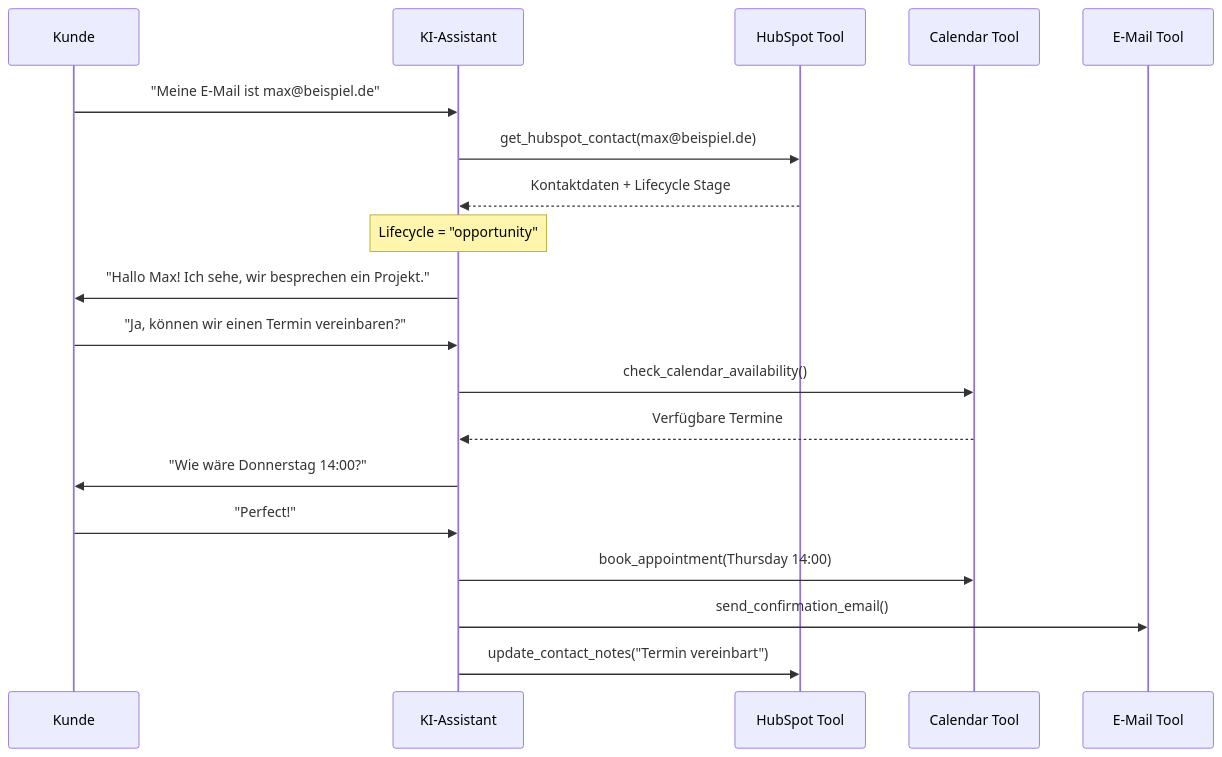
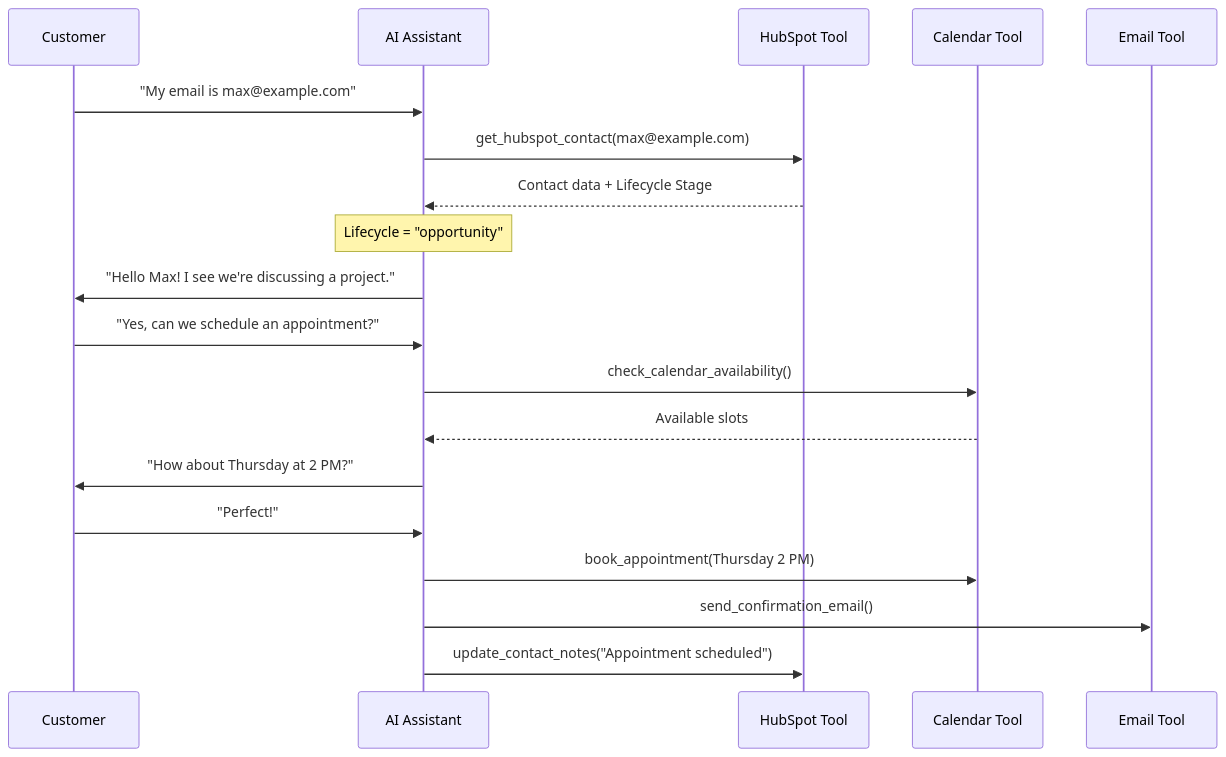
The diagram in en/automation-platform/mid-call-tools/integration-templates/hubspot-kontakt-abruf.mdx (bekgroup/Famulor-docs-de), drawn with Mermaid before and after one commit. The commit also changed other lines of this file and 7 other files, not shown here.

````diff
--- a/en/automation-platform/mid-call-tools/integration-templates/hubspot-kontakt-abruf.mdx
+++ b/en/automation-platform/mid-call-tools/integration-templates/hubspot-kontakt-abruf.mdx
@@ -451,24 +450,24 @@
 ```mermaid
 sequenceDiagram
-    participant K as Kunde
-    participant A as KI-Assistant
+    participant K as Customer
+    participant A as AI Assistant
     participant H as HubSpot Tool
     participant C as Calendar Tool
-    participant E as E-Mail Tool
+    participant E as Email Tool
     
-    K->>A: "Meine E-Mail ist max@beispiel.de"
-    A->>H: get_hubspot_contact(max@beispiel.de)
-    H-->>A: Kontaktdaten + Lifecycle Stage
+    K->>A: "My email is max@example.com"
+    A->>H: get_hubspot_contact(max@example.com)
+    H-->>A: Contact data + Lifecycle Stage
     
     Note over A: Lifecycle = "opportunity"
     
-    A->>K: "Hallo Max! Ich sehe, wir besprechen ein Projekt."
-    K->>A: "Ja, können wir einen Termin vereinbaren?"
+    A->>K: "Hello Max! I see we're discussing a project."
+    K->>A: "Yes, can we schedule an appointment?"
     A->>C: check_calendar_availability()
-    C-->>A: Verfügbare Termine
-    A->>K: "Wie wäre Donnerstag 14:00?"
+    C-->>A: Available slots
+    A->>K: "How about Thursday at 2 PM?"
     K->>A: "Perfect!"
-    A->>C: book_appointment(Thursday 14:00)
+    A->>C: book_appointment(Thursday 2 PM)
     A->>E: send_confirmation_email()
-    A->>H: update_contact_notes("Termin vereinbart")
+    A->>H: update_contact_notes("Appointment scheduled")
 ```
````
